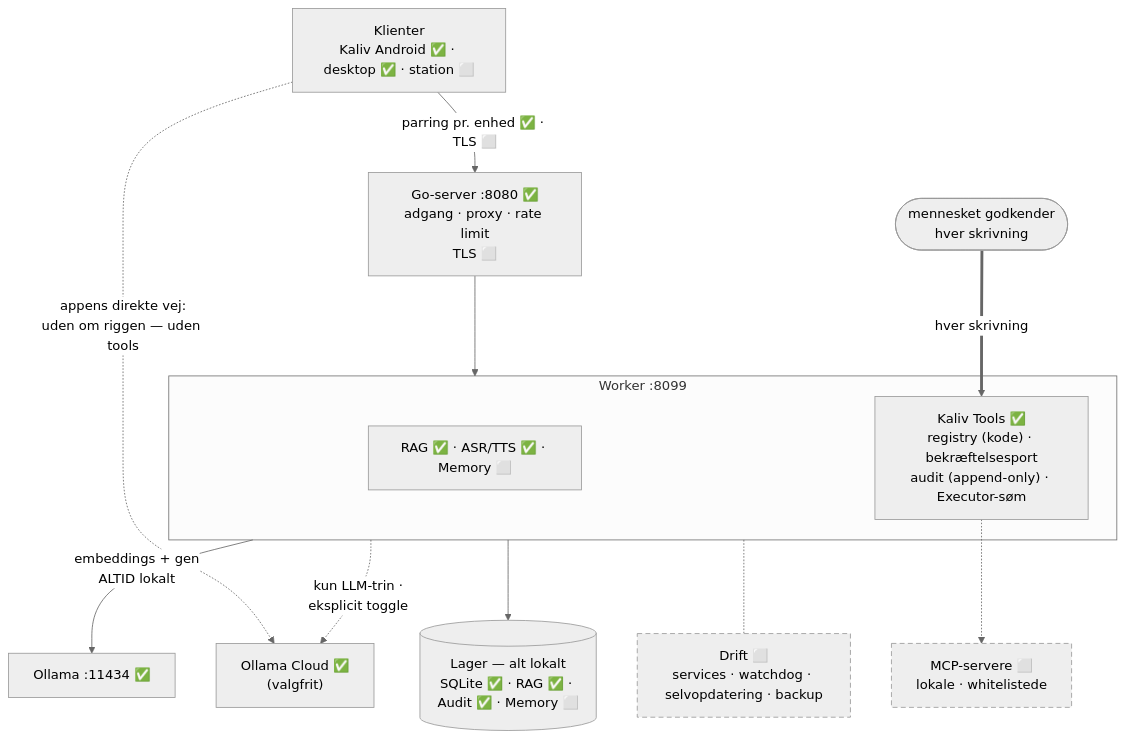
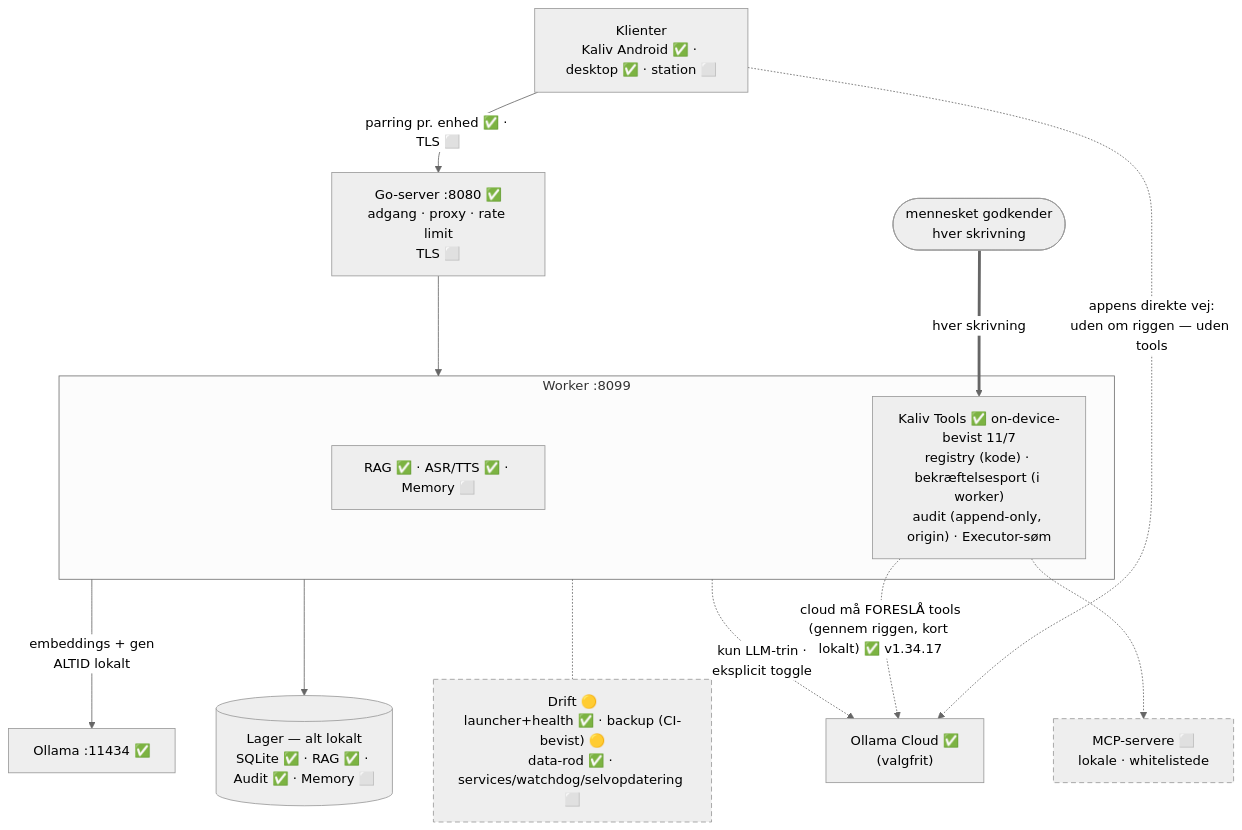
The diagram in ROADMAP.md (Ternedal/ModelRig), drawn with Mermaid (neutral theme) before and after one commit. The commit also changed other lines of this file, not shown here.

First line of the commit message:
docs(roadmap): bring ROADMAP.md up to v1.34.17 reality (was frozen at 9/7)

````diff
--- a/ROADMAP.md
+++ b/ROADMAP.md
@@ -465,29 +510,30 @@
 ```mermaid
 flowchart TB
     Clients["Klienter<br/>Kaliv Android ✅ · desktop ✅ · station ⬜"]
     Go["Go-server :8080 ✅<br/>adgang · proxy · rate limit<br/>TLS ⬜"]
 
     subgraph W["Worker :8099"]
         Core["RAG ✅ · ASR/TTS ✅ · Memory ⬜"]
-        T["Kaliv Tools ✅<br/>registry (kode) · bekræftelsesport<br/>audit (append-only) · Executor-søm"]
+        T["Kaliv Tools ✅ on-device-bevist 11/7<br/>registry (kode) · bekræftelsesport (i worker)<br/>audit (append-only, origin) · Executor-søm"]
     end
 
     Human(["mennesket godkender<br/>hver skrivning"])
     MCP["MCP-servere ⬜<br/>lokale · whitelistede"]
     OL["Ollama :11434 ✅"]
     OC["Ollama Cloud ✅<br/>(valgfrit)"]
     Lager[("Lager — alt lokalt<br/>SQLite ✅ · RAG ✅ · Audit ✅ · Memory ⬜")]
-    Drift["Drift ⬜<br/>services · watchdog · selvopdatering · backup"]
+    Drift["Drift 🟡<br/>launcher+health ✅ · backup (CI-bevist) 🟡<br/>data-rod ✅ · services/watchdog/selvopdatering ⬜"]
 
     Clients -- "parring pr. enhed ✅ · TLS ⬜" --> Go --> W
     Clients -. "appens direkte vej:<br/>uden om riggen — uden tools" .-> OC
+    T -. "cloud må FORESLÅ tools<br/>(gennem riggen, kort lokalt) ✅ v1.34.17" .-> OC
     Human == "hver skrivning" ==> T
     T -.-> MCP
     W -- "embeddings + gen<br/>ALTID lokalt" --> OL
     W -. "kun LLM-trin ·<br/>eksplicit toggle" .-> OC
     W --> Lager
     W -.- Drift
 
     classDef plan stroke-dasharray: 6 4;
     class MCP,Drift plan;
 ```
````
